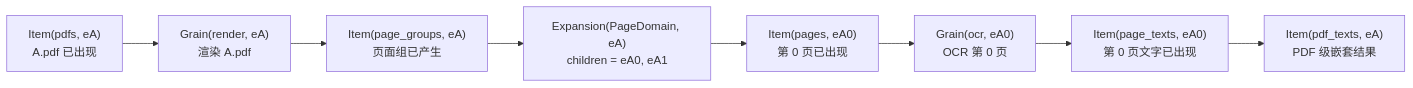
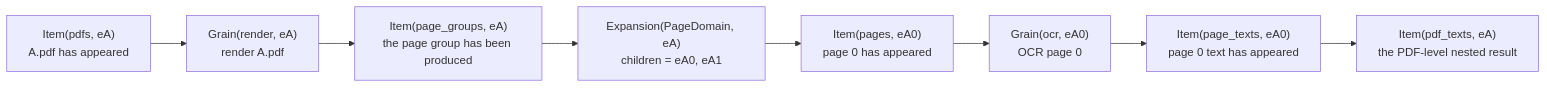
One commit to OpenDCAI/RayOrch changed the fifth of 24 diagrams in docs/multigrain_v3_6_getting_started.md. Above: the diagram before and after it, drawn with Mermaid. The commit also changed other lines of this file and 31 other files, not shown here.

Commit message:
docs(v3.6): publish bilingual architecture guides

````diff
--- a/docs/multigrain_v3_6_getting_started.md
+++ b/docs/multigrain_v3_6_getting_started.md
@@ -422,14 +794,14 @@
 ```mermaid
 flowchart LR
-    SourceItem["Item(pdfs, eA)<br/>A.pdf 已出现"]
-    RenderGrain["Grain(render, eA)<br/>渲染 A.pdf"]
-    GroupItem["Item(page_groups, eA)<br/>页面组已产生"]
+    SourceItem["Item(pdfs, eA)<br/>A.pdf has appeared"]
+    RenderGrain["Grain(render, eA)<br/>render A.pdf"]
+    GroupItem["Item(page_groups, eA)<br/>the page group has been produced"]
     Expansion["Expansion(PageDomain, eA)<br/>children = eA0, eA1"]
-    PageItem["Item(pages, eA0)<br/>第 0 页已出现"]
-    OcrGrain["Grain(ocr, eA0)<br/>OCR 第 0 页"]
-    TextItem["Item(page_texts, eA0)<br/>第 0 页文字已出现"]
-    Reduced["Item(pdf_texts, eA)<br/>PDF 级嵌套结果"]
+    PageItem["Item(pages, eA0)<br/>page 0 has appeared"]
+    OcrGrain["Grain(ocr, eA0)<br/>OCR page 0"]
+    TextItem["Item(page_texts, eA0)<br/>page 0 text has appeared"]
+    Reduced["Item(pdf_texts, eA)<br/>the PDF-level nested result"]
 
     SourceItem --> RenderGrain --> GroupItem --> Expansion --> PageItem
     PageItem --> OcrGrain --> TextItem --> Reduced
 ```
````
